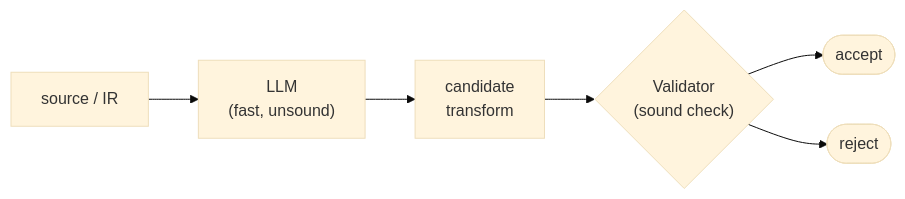
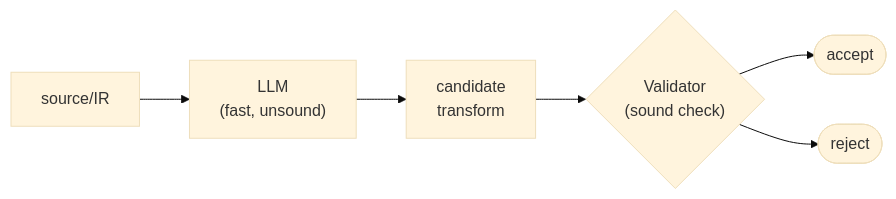
Before and after one commit to CSc-81010-Spring-2026/LLM-Compilers: the diagram in llm_compilers.md, drawn with Mermaid (base theme). The commit also changed other lines of this file, not shown here.

````diff
--- a/llm_compilers.md
+++ b/llm_compilers.md
@@ -208,8 +208,8 @@
 ```mermaid
 graph LR
-  src["source / IR"] --> llm["LLM\n(fast, unsound)"]
+  src["source/IR"] --> llm["LLM\n(fast, unsound)"]
   llm --> cand["candidate\ntransform"]
   cand --> val{"Validator\n(sound check)"}
   val --> accept(["accept"])
   val --> reject(["reject"])
 ```
````
